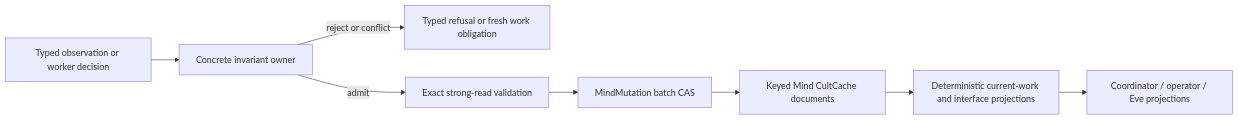
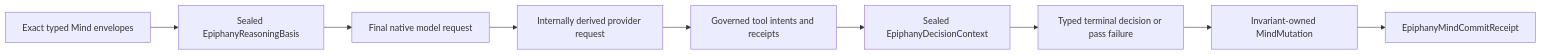
One commit to GameCult/Epiphany changed the first of 2 diagrams in notes/epiphany-current-algorithmic-map.md. Above: the diagram before and after it, drawn with Mermaid. The commit also changed other lines of this file and 4 other files, not shown here.

````diff
--- a/notes/epiphany-current-algorithmic-map.md
+++ b/notes/epiphany-current-algorithmic-map.md
@@ -383,10 +77,11 @@
 ```mermaid
 flowchart LR
-    I["Typed observation or worker decision"] --> G["Concrete invariant owner"]
-    G -->|reject or conflict| R["Typed refusal or fresh work obligation"]
-    G -->|admit| V["Exact strong-read validation"]
-    V --> C["MindMutation batch CAS"]
-    C --> S["Keyed Mind CultCache documents"]
-    S --> P["Deterministic current-work and interface projections"]
-    P --> O["Coordinator / operator / Eve projections"]
+    S["Exact typed Mind envelopes"] --> B["Sealed EpiphanyReasoningBasis"]
+    B --> N["Final native model request"]
+    N --> P["Internally derived provider request"]
+    P --> T["Governed tool intents and receipts"]
+    T --> C["Sealed EpiphanyDecisionContext"]
+    C --> D["Typed terminal decision or pass failure"]
+    D --> M["Invariant-owned MindMutation"]
+    M --> R["EpiphanyMindCommitReceipt"]
 ```
````
